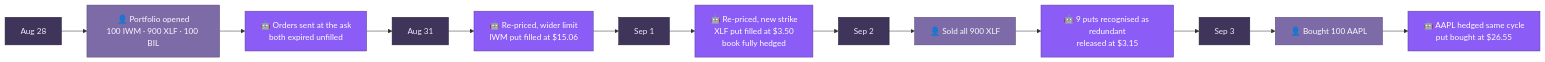
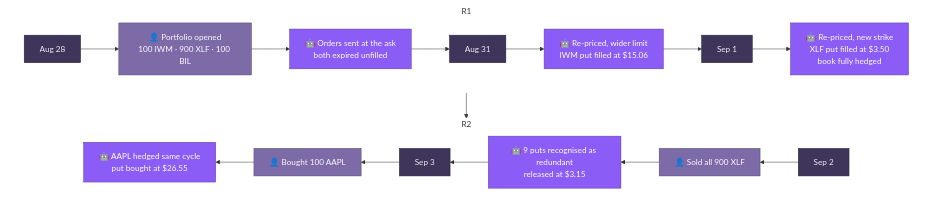
Before and after one commit to ol1ak5/Drawdown-Guard: the first of 2 diagrams in README.md, drawn with Mermaid. The commit also changed other lines of this file, not shown here.

Commit message:
Try a two-row snake, and fix both diagrams' colours
Diagram 1: two subgraph rows instead of five, no classDef, no styling on
anything the flat working version didn't already style directly -- only
the shape changed. Row one runs left to right, direction LR; row two
runs right to left, direction RL; one edge drops from the end of row one
into the start of row two. That is the actual mechanism a snake needs
and mermaid does not have another way to get it, so this is a real
attempt rather than a guaranteed-safe one. If GitHub still can't render
it, the flat chain from the last commit is the fallback and takes one
revert to restore.

Diagram 2: the dominant neutral fill is #dda0dd (plum) now, on request,
in place of the muted violet from the last pass. And DROP is light grey
again -- #d3d3d3 with #a9a9a9 stroke, which is where its colour started
several sessions ago before it drifted through grey-violet along with
everything else. LLM1/LLM2/JOURNAL keep the vivid #7c3aed accent
untouched.

````diff
--- a/README.md
+++ b/README.md
@@ -73,31 +73,33 @@
 ```mermaid
-flowchart LR
-    D1["Aug 28"] --> C1["👤 Portfolio opened<br/>100 IWM · 900 XLF · 100 BIL"]
-    C1 --> A1["🤖 Orders sent at the ask<br/>both expired unfilled"]
-    A1 --> D2["Aug 31"]
-    D2 --> A2["🤖 Re-priced, wider limit<br/>IWM put filled at $15.06"]
-    A2 --> D3["Sep 1"]
-    D3 --> A3["🤖 Re-priced, new strike<br/>XLF put filled at $3.50<br/>book fully hedged"]
-    A3 --> D4["Sep 2"]
-    D4 --> C4["👤 Sold all 900 XLF"]
-    C4 --> A4["🤖 9 puts recognised as redundant<br/>released at $3.15"]
-    A4 --> D5["Sep 3"]
-    D5 --> C5["👤 Bought 100 AAPL"]
-    C5 --> A5["🤖 AAPL hedged same cycle<br/>put bought at $26.55"]
+flowchart TD
+    subgraph R1
+        direction LR
+        D1["Aug 28"] --> C1["👤 Portfolio opened<br/>100 IWM · 900 XLF · 100 BIL"] --> A1["🤖 Orders sent at the ask<br/>both expired unfilled"] --> D2["Aug 31"] --> A2["🤖 Re-priced, wider limit<br/>IWM put filled at $15.06"] --> D3["Sep 1"] --> A3["🤖 Re-priced, new strike<br/>XLF put filled at $3.50<br/>book fully hedged"]
+    end
+
+    subgraph R2
+        direction RL
+        D4["Sep 2"] --> C4["👤 Sold all 900 XLF"] --> A4["🤖 9 puts recognised as redundant<br/>released at $3.15"] --> D5["Sep 3"] --> C5["👤 Bought 100 AAPL"] --> A5["🤖 AAPL hedged same cycle<br/>put bought at $26.55"]
+    end
+
+    A3 --> D4
+
+    style R1 fill:transparent,stroke:transparent
+    style R2 fill:transparent,stroke:transparent
 
     style D1 fill:#3f3459,stroke:#241f38,color:#efeaf7
     style D2 fill:#3f3459,stroke:#241f38,color:#efeaf7
     style D3 fill:#3f3459,stroke:#241f38,color:#efeaf7
     style D4 fill:#3f3459,stroke:#241f38,color:#efeaf7
     style D5 fill:#3f3459,stroke:#241f38,color:#efeaf7
 
     style C1 fill:#7d6ba8,stroke:#544674,color:#faf8ff
     style C4 fill:#7d6ba8,stroke:#544674,color:#faf8ff
     style C5 fill:#7d6ba8,stroke:#544674,color:#faf8ff
 
     style A1 fill:#8b5cf6,stroke:#5b3fa0,color:#ffffff
     style A2 fill:#8b5cf6,stroke:#5b3fa0,color:#ffffff
     style A3 fill:#8b5cf6,stroke:#5b3fa0,color:#ffffff
     style A4 fill:#8b5cf6,stroke:#5b3fa0,color:#ffffff
     style A5 fill:#8b5cf6,stroke:#5b3fa0,color:#ffffff
 ```
````
